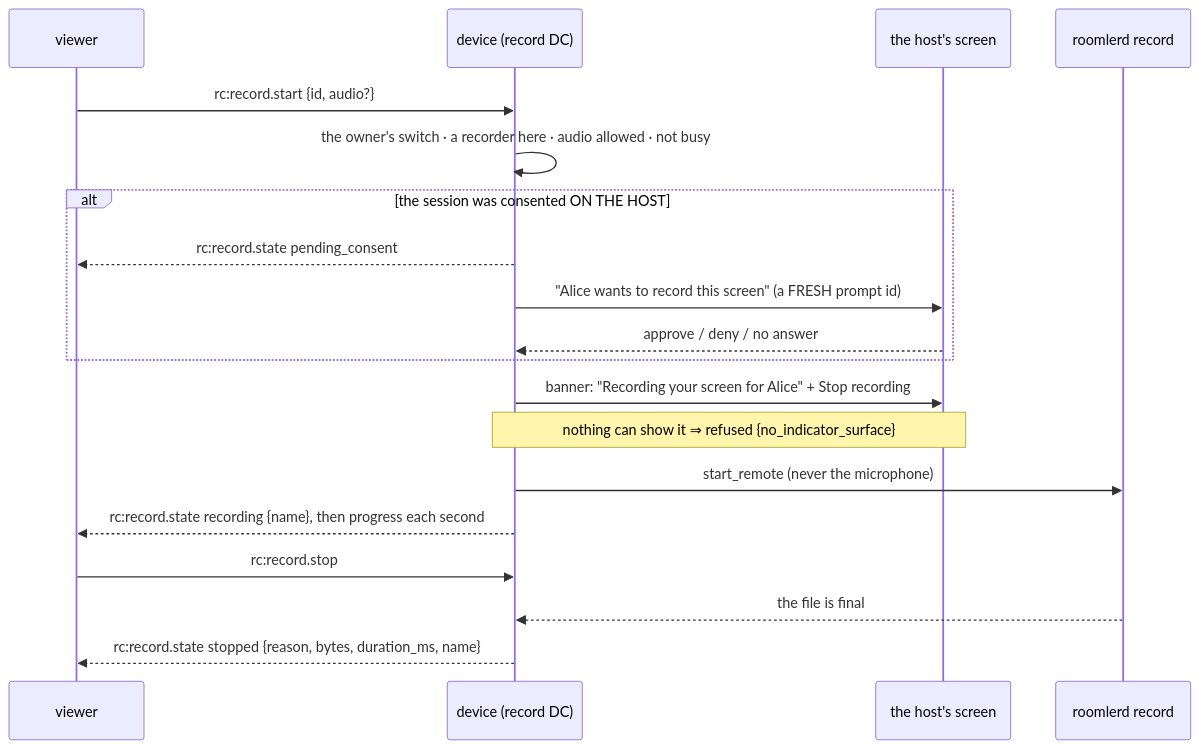
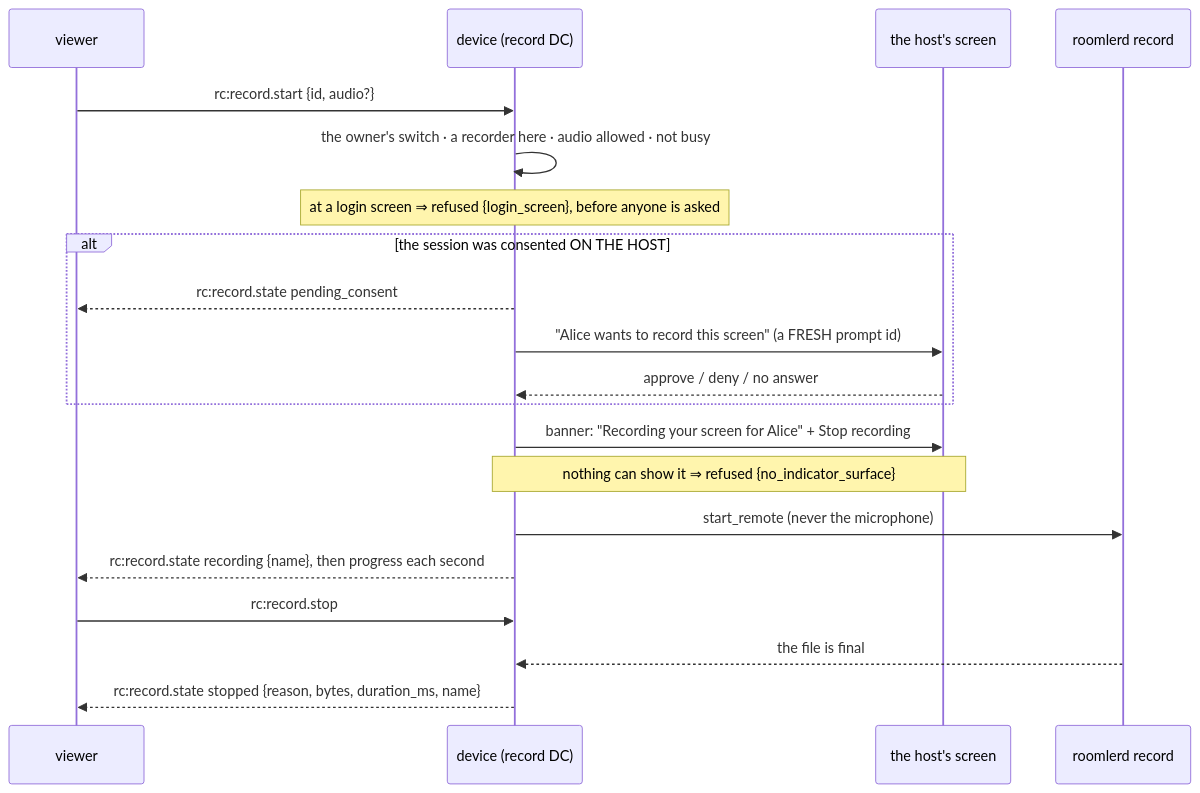
Before and after one commit to gjovanov/roomler-ai: the ninth of 13 diagrams in docs/recording.md, drawn with Mermaid. The commit also changed other lines of this file and 13 other files, not shown here.

First line of the commit message:
fix(fr-85): a login screen is not "nobody" — refused by name, never unattended (decision 6) (#1720)

````diff
--- a/docs/recording.md
+++ b/docs/recording.md
@@ -676,22 +717,23 @@
 ```mermaid
 sequenceDiagram
     participant V as viewer
     participant D as device (record DC)
     participant H as the host's screen
     participant R as roomlerd record
 
     V->>D: rc:record.start {id, audio?}
     D->>D: the owner's switch · a recorder here · audio allowed · not busy
+    Note over D: at a login screen ⇒ refused {login_screen}, before anyone is asked
     alt the session was consented ON THE HOST
         D-->>V: rc:record.state pending_consent
         D->>H: "Alice wants to record this screen" (a FRESH prompt id)
         H-->>D: approve / deny / no answer
     end
     D->>H: banner: "Recording your screen for Alice" + Stop recording
     Note over D,H: nothing can show it ⇒ refused {no_indicator_surface}
     D->>R: start_remote (never the microphone)
     D-->>V: rc:record.state recording {name}, then progress each second
     V->>D: rc:record.stop
     R-->>D: the file is final
     D-->>V: rc:record.state stopped {reason, bytes, duration_ms, name}
 ```
````
